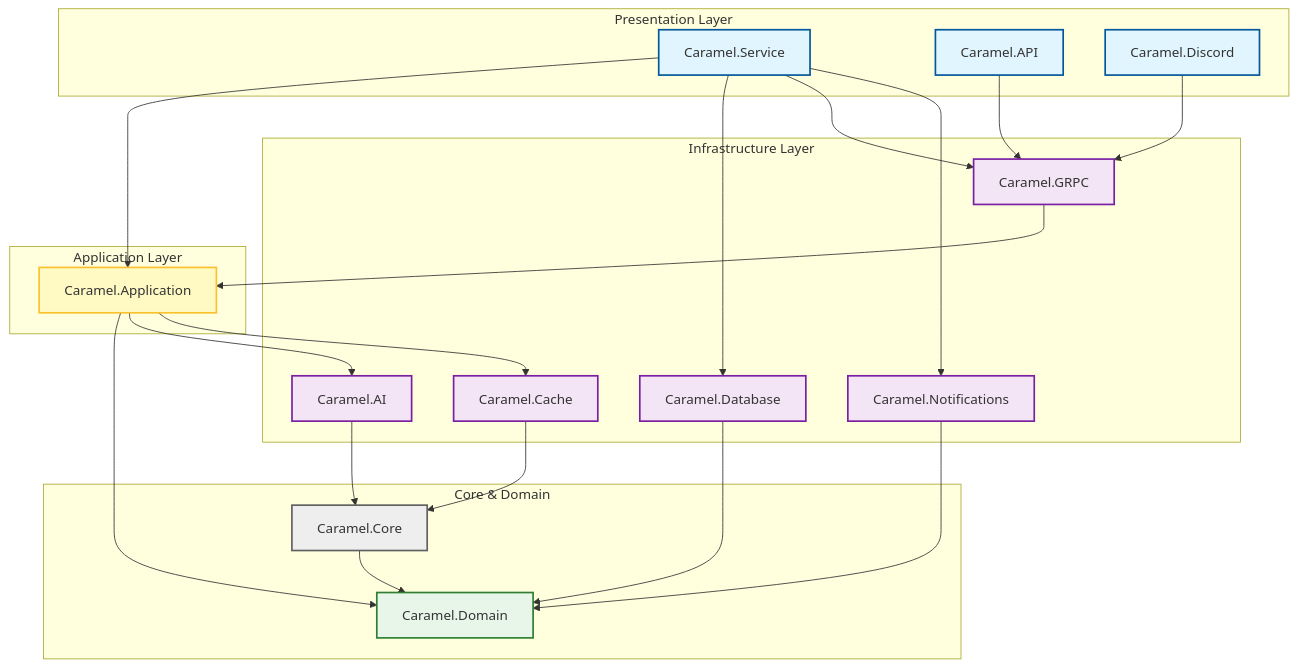
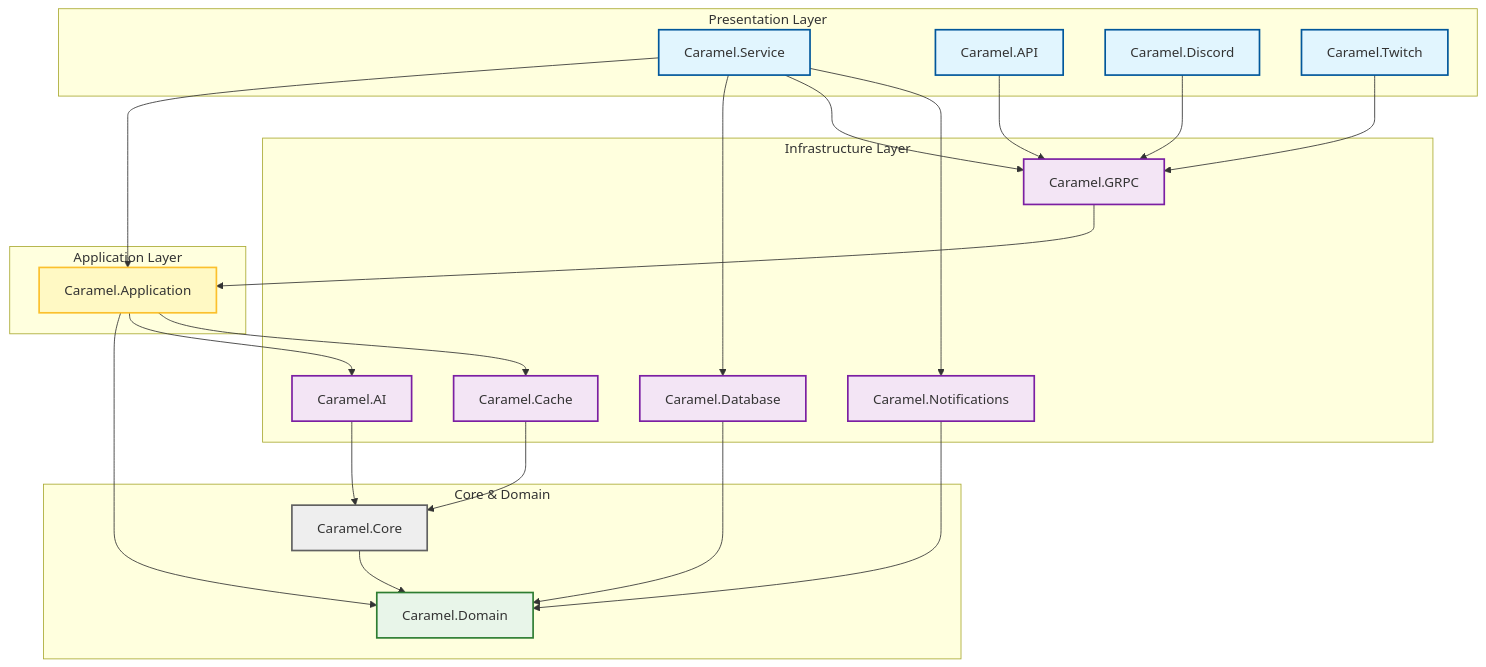
Before and after one commit to codeacula/caramel: the second of 6 diagrams in ARCHITECTURE.md, drawn with Mermaid. The commit also changed other lines of this file and 6 other files, not shown here.

````diff
--- a/ARCHITECTURE.md
+++ b/ARCHITECTURE.md
@@ -63,50 +68,52 @@
 ```mermaid
 graph TD
     classDef host fill:#e1f5fe,stroke:#01579b,stroke-width:2px
     classDef app fill:#fff9c4,stroke:#fbc02d,stroke-width:2px
     classDef domain fill:#e8f5e9,stroke:#2e7d32,stroke-width:2px
     classDef infra fill:#f3e5f5,stroke:#7b1fa2,stroke-width:2px
     classDef core fill:#eeeeee,stroke:#616161,stroke-width:2px
 
     subgraph Hosts [Presentation Layer]
         Service[Caramel.Service]:::host
         API[Caramel.API]:::host
         Discord[Caramel.Discord]:::host
+        Twitch[Caramel.Twitch]:::host
     end
 
     subgraph Infrastructure [Infrastructure Layer]
         GRPC[Caramel.GRPC]:::infra
         Database[Caramel.Database]:::infra
         AI[Caramel.AI]:::infra
         Cache[Caramel.Cache]:::infra
         Notifications[Caramel.Notifications]:::infra
     end
 
     subgraph ApplicationLayer [Application Layer]
         Application[Caramel.Application]:::app
     end
 
     subgraph Shared [Core & Domain]
         Core[Caramel.Core]:::core
         Domain[Caramel.Domain]:::domain
     end
 
     Service --> Application
     Service --> Database
     Service --> GRPC
     Service --> Notifications
     
     API --> GRPC
     Discord --> GRPC
+    Twitch --> GRPC
 
     GRPC --> Application
     Application --> Domain
     Application --> AI
     Application --> Cache
     
     Database --> Domain
     AI --> Core
     Cache --> Core
     Notifications --> Domain
     Core --> Domain
 ```
````
